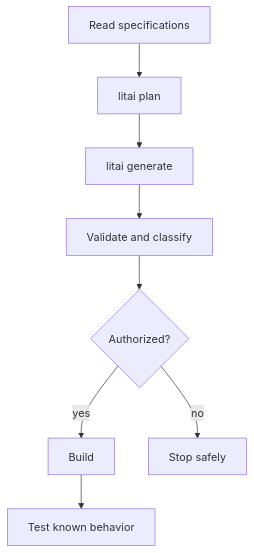
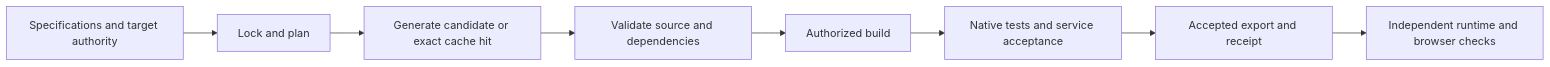
Before and after one commit to jordanhubbard/project-tracker: the diagram in docs/user/framework-flow.md, drawn with Mermaid. The commit also changed other lines of this file and 24 other files, not shown here.

````diff
--- a/docs/user/framework-flow.md
+++ b/docs/user/framework-flow.md
@@ -11,10 +10,10 @@
 ```mermaid
-flowchart TD
-    Read[Read specifications] --> Plan[litai plan]
-    Plan --> Generate[litai generate]
-    Generate --> Validate[Validate and classify]
-    Validate --> Authorize{Authorized?}
-    Authorize -- yes --> Build[Build]
-    Build --> Test[Test known behavior]
-    Authorize -- no --> Stop[Stop safely]
+flowchart LR
+    Authority[Specifications and target authority] --> Lock[Lock and plan]
+    Lock --> Generate[Generate candidate or exact cache hit]
+    Generate --> Admit[Validate source and dependencies]
+    Admit --> Build[Authorized build]
+    Build --> Test[Native tests and service acceptance]
+    Test --> Export[Accepted export and receipt]
+    Export --> Independent[Independent runtime and browser checks]
 ```
````
